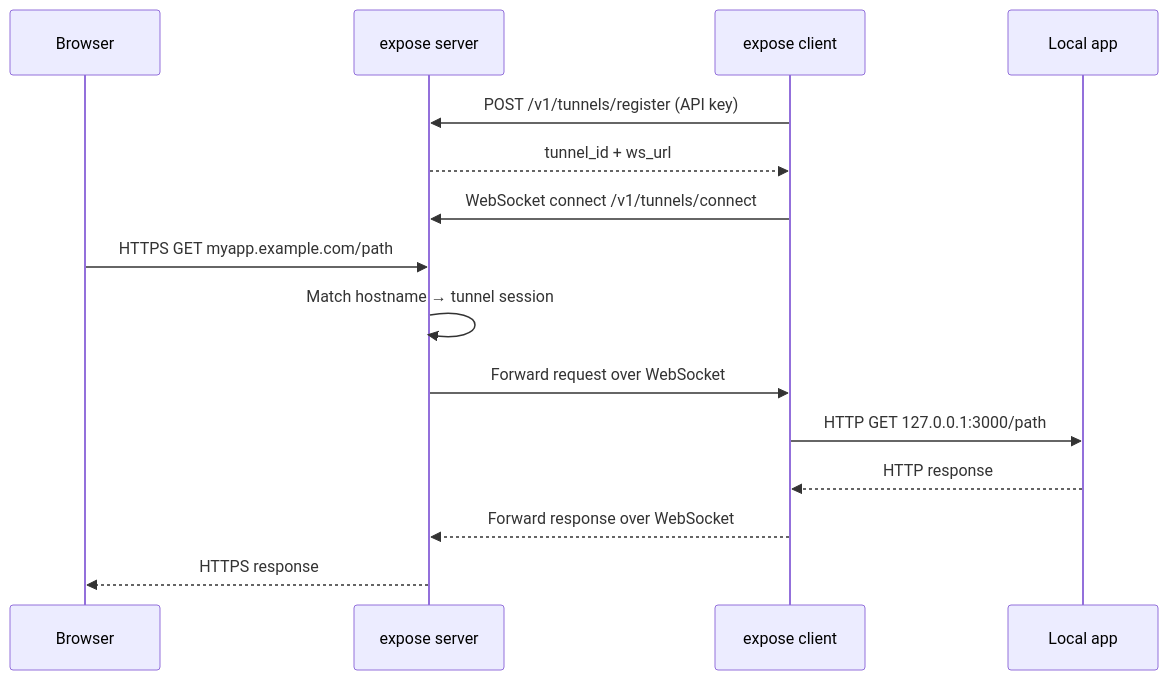
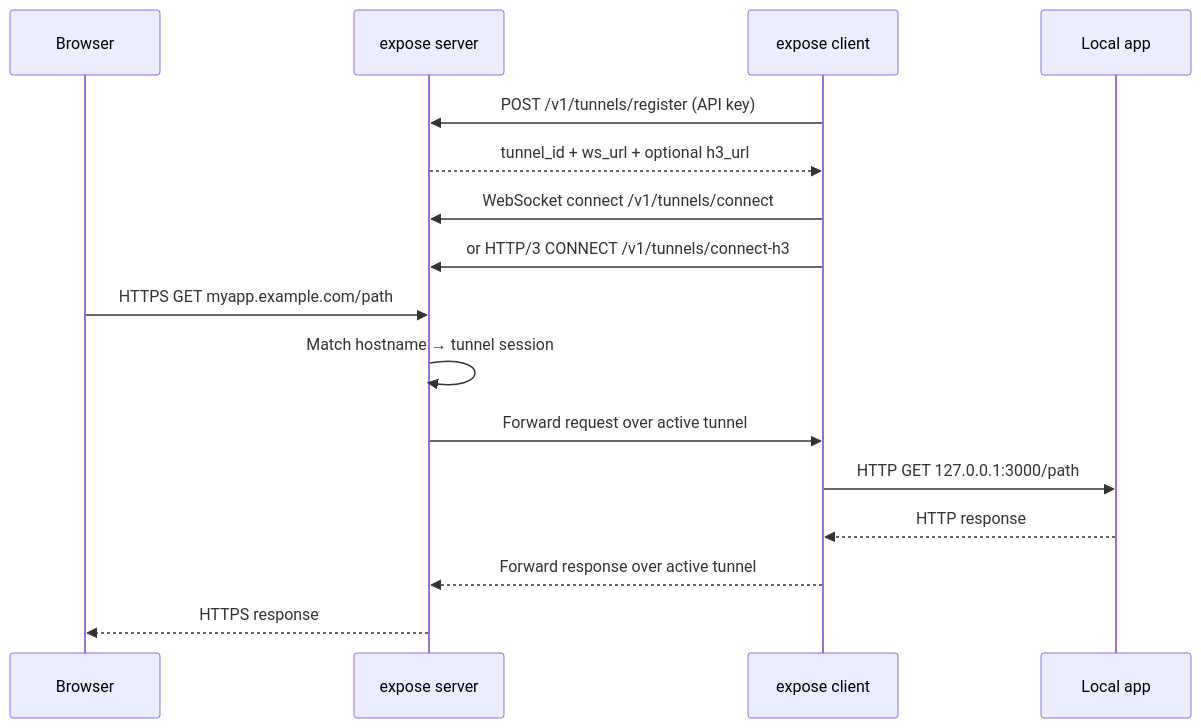
The second of 2 diagrams in docs/architecture-overview.md (koltyakov/expose), drawn with Mermaid before and after one commit. The commit also changed other lines of this file and 34 other files, not shown here.

````diff
--- a/docs/architecture-overview.md
+++ b/docs/architecture-overview.md
@@ -16,19 +16,20 @@
 ```mermaid
 sequenceDiagram
     participant B as Browser
     participant S as expose server
     participant C as expose client
     participant A as Local app
 
     C->>S: POST /v1/tunnels/register (API key)
-    S-->>C: tunnel_id + ws_url
+    S-->>C: tunnel_id + ws_url + optional h3_url
     C->>S: WebSocket connect /v1/tunnels/connect
+    C->>S: or HTTP/3 CONNECT /v1/tunnels/connect-h3
 
     B->>S: HTTPS GET myapp.example.com/path
     S->>S: Match hostname → tunnel session
-    S->>C: Forward request over WebSocket
+    S->>C: Forward request over active tunnel
     C->>A: HTTP GET 127.0.0.1:3000/path
     A-->>C: HTTP response
-    C-->>S: Forward response over WebSocket
+    C-->>S: Forward response over active tunnel
     S-->>B: HTTPS response
 ```
````
